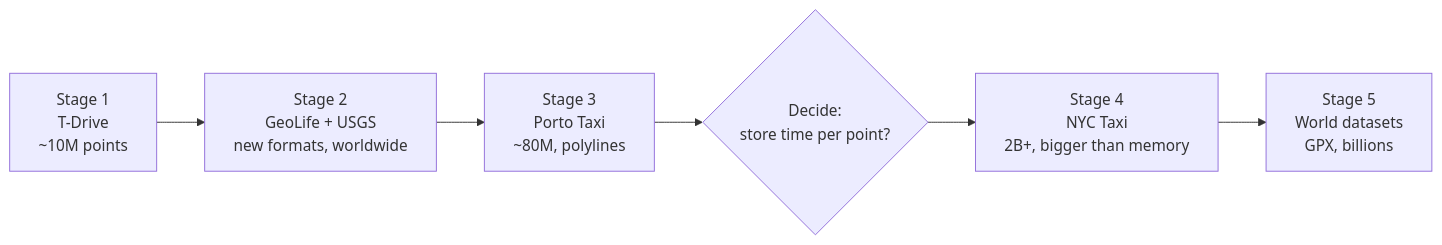
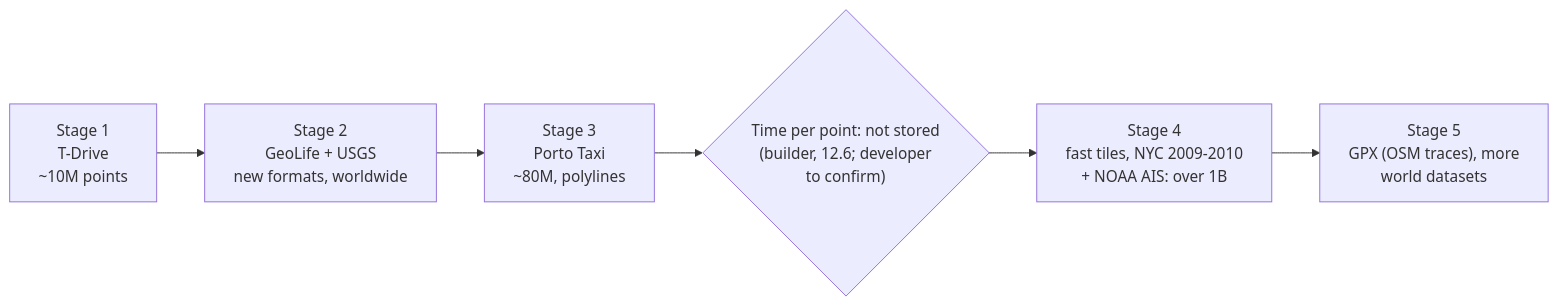
The tenth of 10 diagrams in docs/DESIGN.md (srir84/gps-tile-server), drawn with Mermaid before and after one commit. The commit also changed other lines of this file and 8 other files, not shown here.

First line of the commit message:
step 13: fast tiles

````diff
--- a/docs/DESIGN.md
+++ b/docs/DESIGN.md
@@ -583,8 +584,8 @@
 ```mermaid
 flowchart LR
   T1["Stage 1<br/>T-Drive<br/>~10M points"] --> T2["Stage 2<br/>GeoLife + USGS<br/>new formats, worldwide"]
   T2 --> T3["Stage 3<br/>Porto Taxi<br/>~80M, polylines"]
-  T3 --> DEC{"Decide:<br/>store time per point?"}
-  DEC --> T4["Stage 4<br/>NYC Taxi<br/>2B+, bigger than memory"]
-  T4 --> T5["Stage 5<br/>World datasets<br/>GPX, billions"]
+  T3 --> DEC{"Time per point: not stored<br/>(builder, 12.6; developer<br/>to confirm)"}
+  DEC --> T4["Stage 4<br/>fast tiles, NYC 2009-2010<br/>+ NOAA AIS: over 1B"]
+  T4 --> T5["Stage 5<br/>GPX (OSM traces), more<br/>world datasets"]
 ```
````
